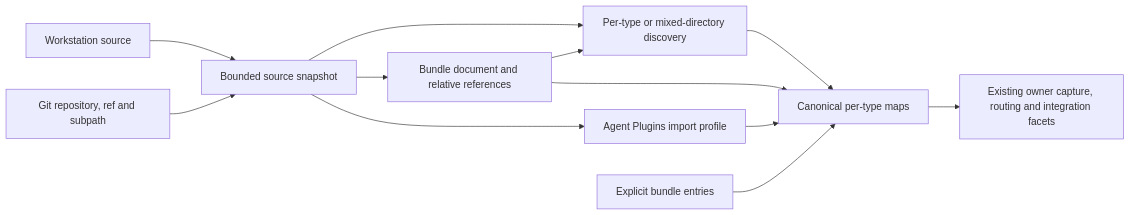
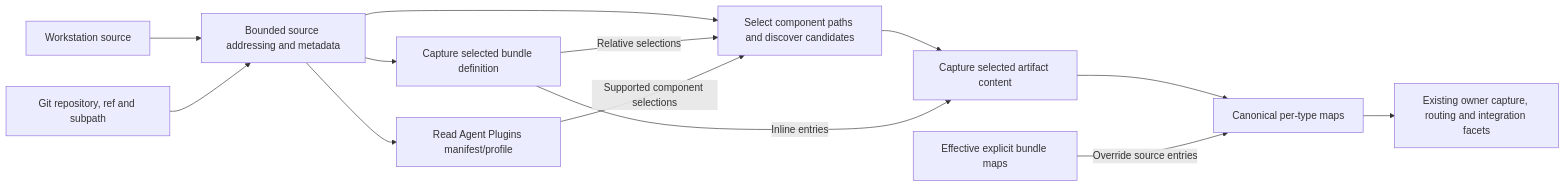
One commit to WayfarerLabs/agentworks changed the diagram in docs/sdd/2026-11-15-artifact-bundle-sources/hla.md. Above: the diagram before and after it, drawn with Mermaid. The commit also changed other lines of this file and 3 other files, not shown here.

First line of the commit message:
docs(sdd): simplify bundle source discovery and composition

````diff
--- a/docs/sdd/2026-11-15-artifact-bundle-sources/hla.md
+++ b/docs/sdd/2026-11-15-artifact-bundle-sources/hla.md
@@ -10,14 +10,15 @@
 ```mermaid
 flowchart LR
-    L["Workstation source"] --> A["Bounded source snapshot"]
-    G["Git repository, ref and subpath"] --> A
-    A --> D["Per-type or mixed-directory discovery"]
-    A --> B["Bundle document and relative references"]
-    A --> P["Agent Plugins import profile"]
-    B --> D
-    D --> N["Canonical per-type maps"]
-    B --> N
-    P --> N
-    E["Explicit bundle entries"] --> N
+    L["Workstation source"] --> R["Bounded source addressing and metadata"]
+    G["Git repository, ref and subpath"] --> R
+    R --> D["Select component paths and discover candidates"]
+    R --> B["Capture selected bundle definition"]
+    R --> P["Read Agent Plugins manifest/profile"]
+    B -->|Relative selections| D
+    P -->|Supported component selections| D
+    D --> A["Capture selected artifact content"]
+    B -->|Inline entries| A
+    A --> N["Canonical per-type maps"]
+    E["Effective explicit bundle maps"] -->|Override source entries| N
     N --> C["Existing owner capture, routing and integration facets"]
 ```
````
